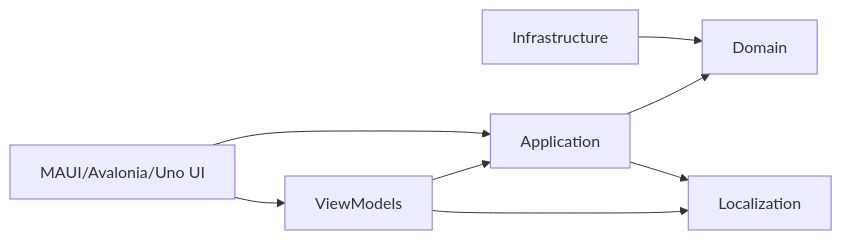
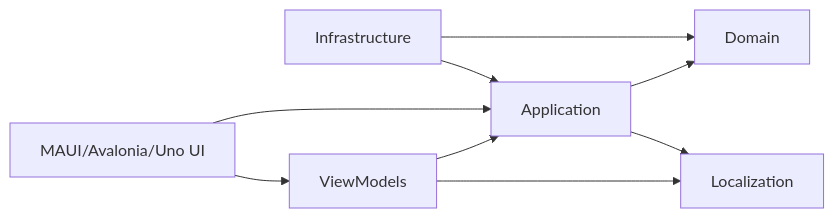
One commit to Zergoma/CrepeDuChef changed the diagram in README.md. Above: the diagram before and after it, drawn with Mermaid. The commit also changed 39 other files, not shown here.

````diff
--- a/README.md
+++ b/README.md
@@ -48,24 +48,25 @@
 ```mermaid
 flowchart LR
 
     %% Couches principales
     Domain["Domain"]
     Localization["Localization"]
     Application["Application"]
     ViewModels["ViewModels"]
     Infrastructure["Infrastructure"]
     UI["MAUI/Avalonia/Uno UI"]
 
     %% Dépendances
     Infrastructure --> Domain
+    Infrastructure --> Application
     Application --> Domain
     Application --> Localization
     
     UI --> Application
     UI --> ViewModels
 
     ViewModels --> Application
     ViewModels --> Localization
 
     
 ```
````
